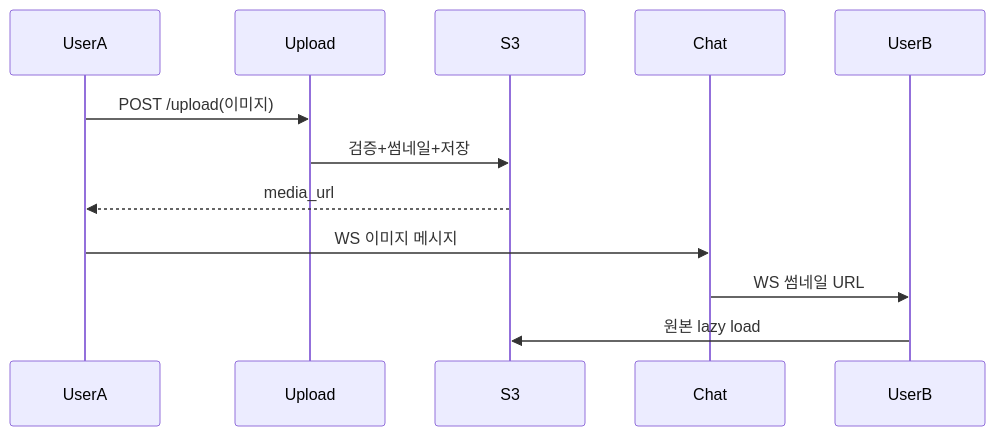
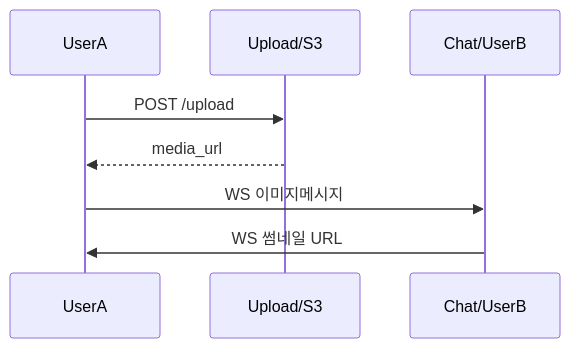
The ninth of 9 diagrams in _posts/systemdesign/2026-05-02-system-design-chat.md (yjkim2015/yjkim2015.github.io), drawn with Mermaid before and after one commit. The commit also changed other lines of this file and 48 other files, not shown here.

First line of the commit message:
Mermaid 최종 47건 수정: participant/노드/줄수/라벨 전부 기준 이하

````diff
--- a/_posts/systemdesign/2026-05-02-system-design-chat.md
+++ b/_posts/systemdesign/2026-05-02-system-design-chat.md
@@ -476,14 +474,10 @@
 ```mermaid
 sequenceDiagram
     participant A as UserA
-    participant UP as Upload
-    participant S3
-    participant S as Chat
-    participant B as UserB
-    A->>UP: POST /upload(이미지)
-    UP->>S3: 검증+썸네일+저장
-    S3-->>A: media_url
-    A->>S: WS 이미지 메시지
-    S->>B: WS 썸네일 URL
-    B->>S3: 원본 lazy load
+    participant UP as Upload/S3
+    participant S as Chat/UserB
+    A->>UP: POST /upload
+    UP-->>A: media_url
+    A->>S: WS 이미지메시지
+    S->>A: WS 썸네일 URL
 ```
````
